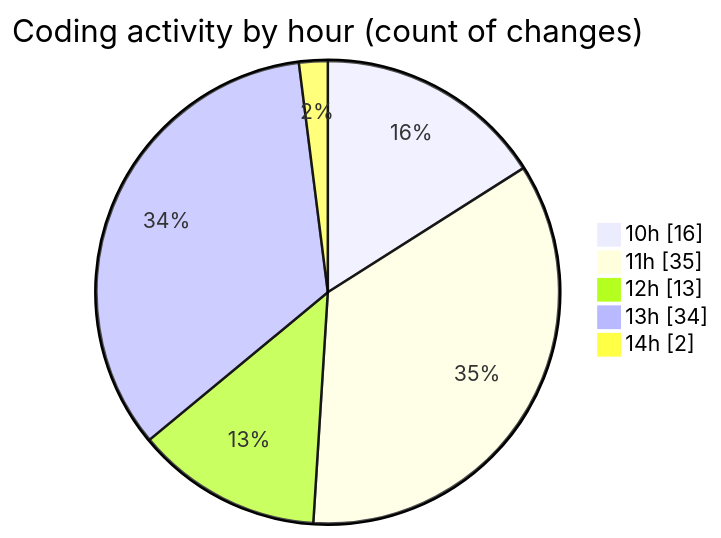
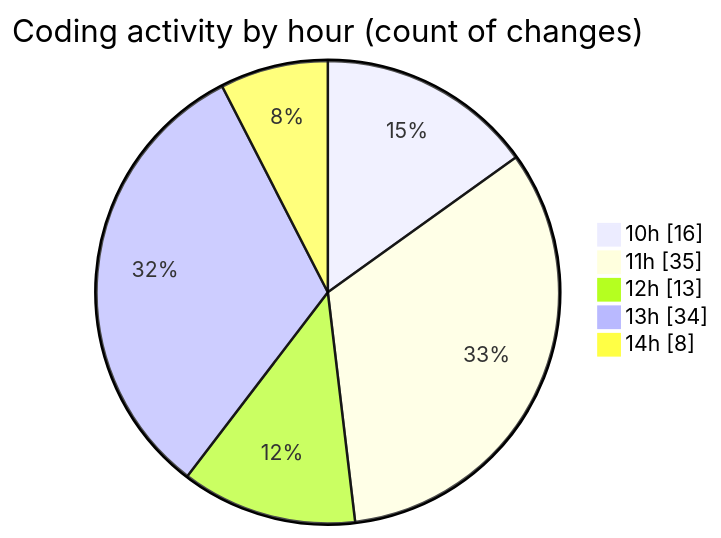
The second of 2 diagrams in 2025-02-20/micros/README.md (charlie-sans/code-tracking), drawn with Mermaid before and after one commit. The commit also changed other lines of this file and 1 other file, not shown here.

````diff
--- a/2025-02-20/micros/README.md
+++ b/2025-02-20/micros/README.md
@@ -52,9 +52,9 @@
 ```mermaid
 pie showData
 title Coding activity by hour (count of changes)
 "10h" : 16
 "11h" : 35
 "12h" : 13
 "13h" : 34
-"14h" : 2
+"14h" : 8
 ```
````
